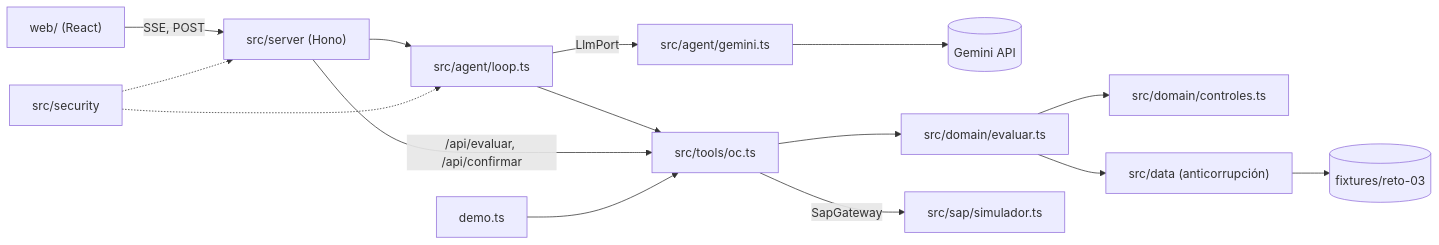
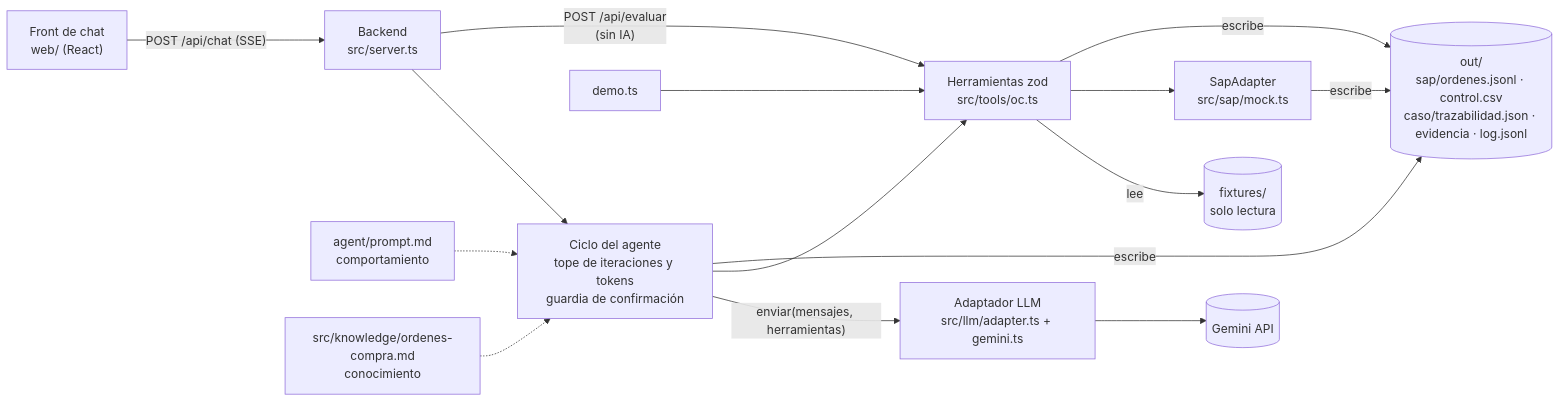
Before and after one commit to JaimeUDistrital/reto-03-periferia-oc: the diagram in SOLUCION.md, drawn with Mermaid. The commit also changed other lines of this file, not shown here.

Commit message:
docs: SOLUCION con las 12 secciones del PRD §9.1

````diff
--- a/SOLUCION.md
+++ b/SOLUCION.md
@@ -11,17 +15,17 @@
 ```mermaid
 flowchart LR
-  UI["web/ (React)"] -->|SSE, POST| SRV["src/server (Hono)"]
-  SRV --> LOOP["src/agent/loop.ts"]
-  LOOP -->|LlmPort| GEM["src/agent/gemini.ts"]
-  GEM --> API[("Gemini API")]
-  LOOP --> TOOLS["src/tools/oc.ts"]
-  SRV -->|/api/evaluar, /api/confirmar| TOOLS
-  TOOLS --> EVAL["src/domain/evaluar.ts"]
-  EVAL --> CTRL["src/domain/controles.ts"]
-  EVAL --> DATA["src/data (anticorrupción)"]
-  DATA --> FIX[("fixtures/reto-03")]
-  TOOLS -->|SapGateway| SAP["src/sap/simulador.ts"]
-  SEC["src/security"] -.-> SRV
-  SEC -.-> LOOP
+  UI["Front de chat<br/>web/ (React)"] -->|"POST /api/chat (SSE)"| SRV["Backend<br/>src/server.ts"]
+  SRV --> LOOP["Ciclo del agente<br/>tope de iteraciones y tokens<br/>guardia de confirmación"]
+  LOOP -->|"enviar(mensajes, herramientas)"| LLM["Adaptador LLM<br/>src/llm/adapter.ts + gemini.ts"]
+  LLM --> API[("Gemini API")]
+  LOOP --> TOOLS["Herramientas zod<br/>src/tools/oc.ts"]
+  SRV -->|"POST /api/evaluar<br/>(sin IA)"| TOOLS
   DEMO["demo.ts"] --> TOOLS
+  TOOLS -->|lee| FIX[("fixtures/<br/>solo lectura")]
+  TOOLS --> SAP["SapAdapter<br/>src/sap/mock.ts"]
+  SAP -->|escribe| OUT[("out/<br/>sap/ordenes.jsonl · control.csv<br/>caso/trazabilidad.json · evidencia · log.jsonl")]
+  TOOLS -->|escribe| OUT
+  LOOP -->|escribe| OUT
+  PROMPT["agent/prompt.md<br/>comportamiento"] -.-> LOOP
+  KNOW["src/knowledge/ordenes-compra.md<br/>conocimiento"] -.-> LOOP
 ```
````
